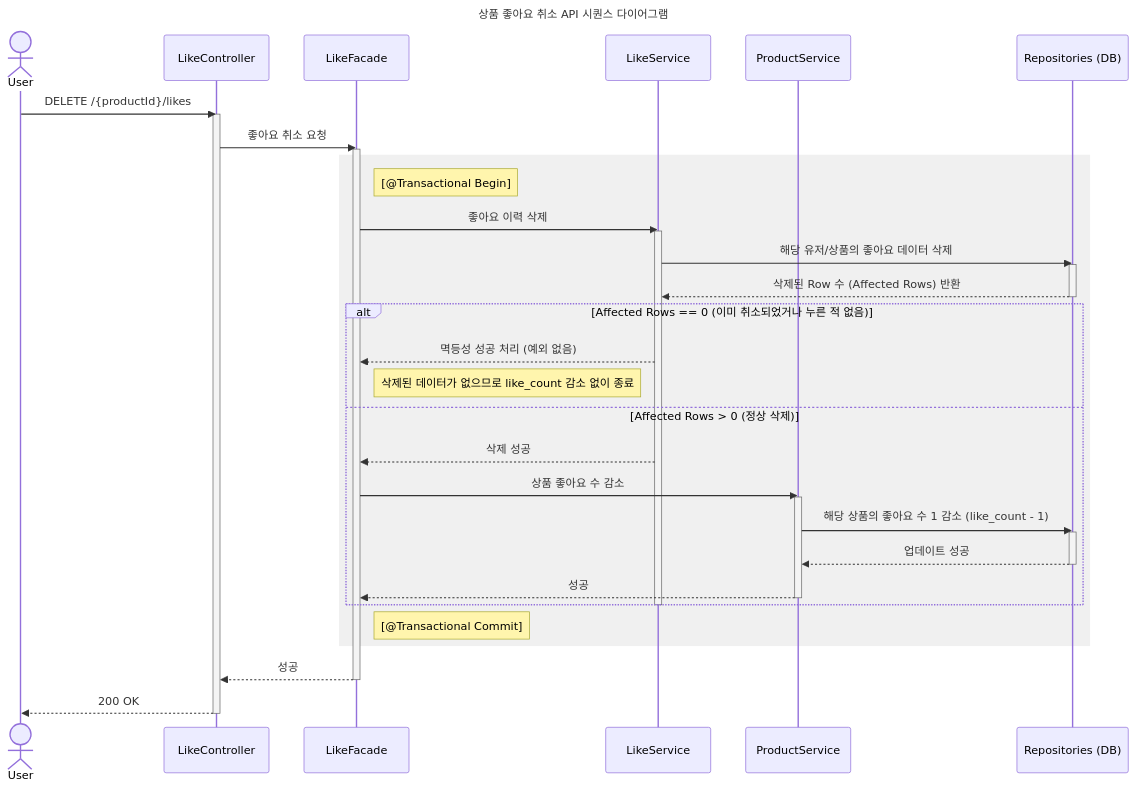
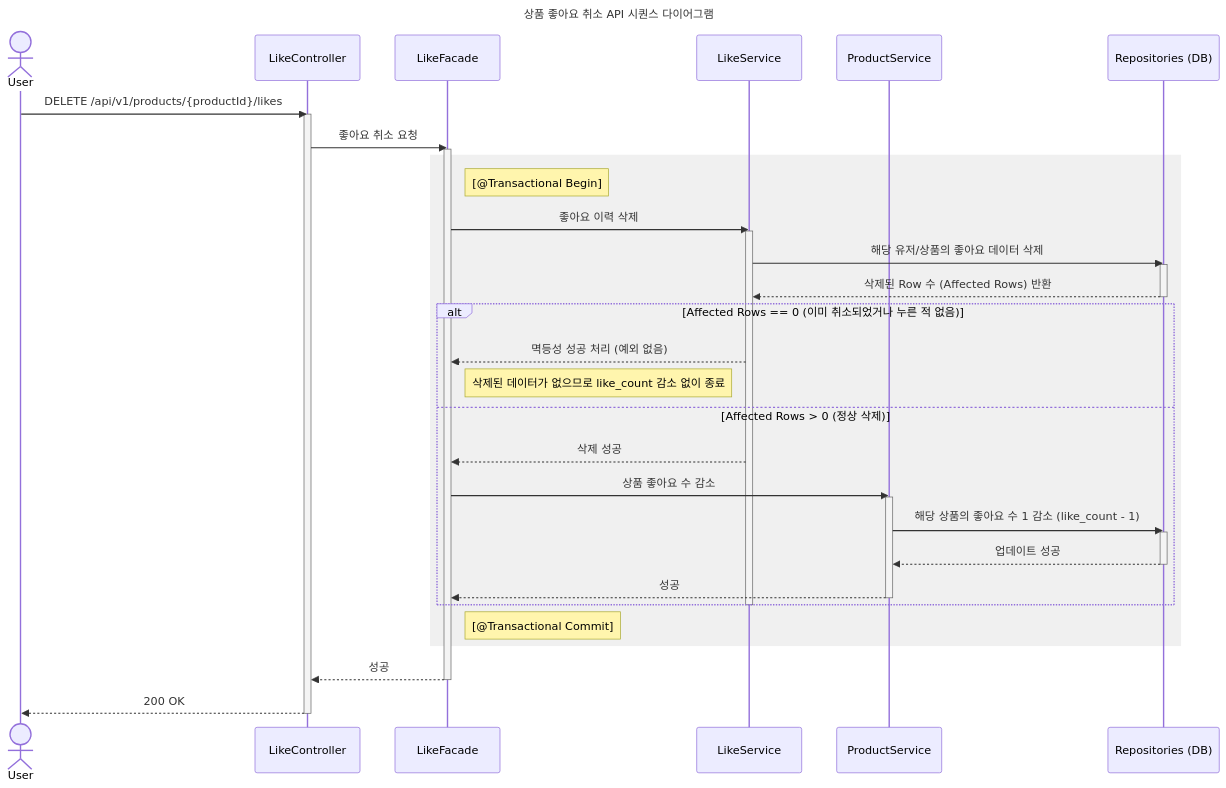
One commit to loopers-labs/loop-pack-be-l2-vol4-java changed the third of 4 diagrams in docs/week2/02-sequence-diagrams.md. Above: the diagram before and after it, drawn with Mermaid. The commit also changed other lines of this file, not shown here.

Commit message:
docs: API 경로 불일치 수정

````diff
--- a/docs/week2/02-sequence-diagrams.md
+++ b/docs/week2/02-sequence-diagrams.md
@@ -140,52 +140,52 @@
 ```mermaid
 sequenceDiagram
     title 상품 좋아요 취소 API 시퀀스 다이어그램
     actor User
     participant Controller as LikeController
     participant Facade as LikeFacade
     participant LikeSvc as LikeService
     participant ProductSvc as ProductService
     participant Repo as Repositories (DB)
 
-    User->>Controller: DELETE /{productId}/likes
+    User->>Controller: DELETE /api/v1/products/{productId}/likes
     activate Controller
 
     Controller->>Facade: 좋아요 취소 요청
     activate Facade
 
     rect rgb(240, 240, 240)
         Note right of Facade: [@Transactional Begin]
 
         Facade->>LikeSvc: 좋아요 이력 삭제
         activate LikeSvc
         LikeSvc->>Repo: 해당 유저/상품의 좋아요 데이터 삭제
         activate Repo
         Repo-->>LikeSvc: 삭제된 Row 수 (Affected Rows) 반환
         deactivate Repo
 
         alt Affected Rows == 0 (이미 취소되었거나 누른 적 없음)
             LikeSvc-->>Facade: 멱등성 성공 처리 (예외 없음)
             Note right of Facade: 삭제된 데이터가 없으므로 like_count 감소 없이 종료
         else Affected Rows > 0 (정상 삭제)
             LikeSvc-->>Facade: 삭제 성공
             
             Facade->>ProductSvc: 상품 좋아요 수 감소
             activate ProductSvc
             ProductSvc->>Repo: 해당 상품의 좋아요 수 1 감소 (like_count - 1)
             activate Repo
             Repo-->>ProductSvc: 업데이트 성공
             deactivate Repo
             ProductSvc-->>Facade: 성공
             deactivate ProductSvc
         end
         deactivate LikeSvc
         
         Note right of Facade: [@Transactional Commit]
     end
 
     Facade-->>Controller: 성공
     deactivate Facade
 
     Controller-->>User: 200 OK
     deactivate Controller
 ```
````
